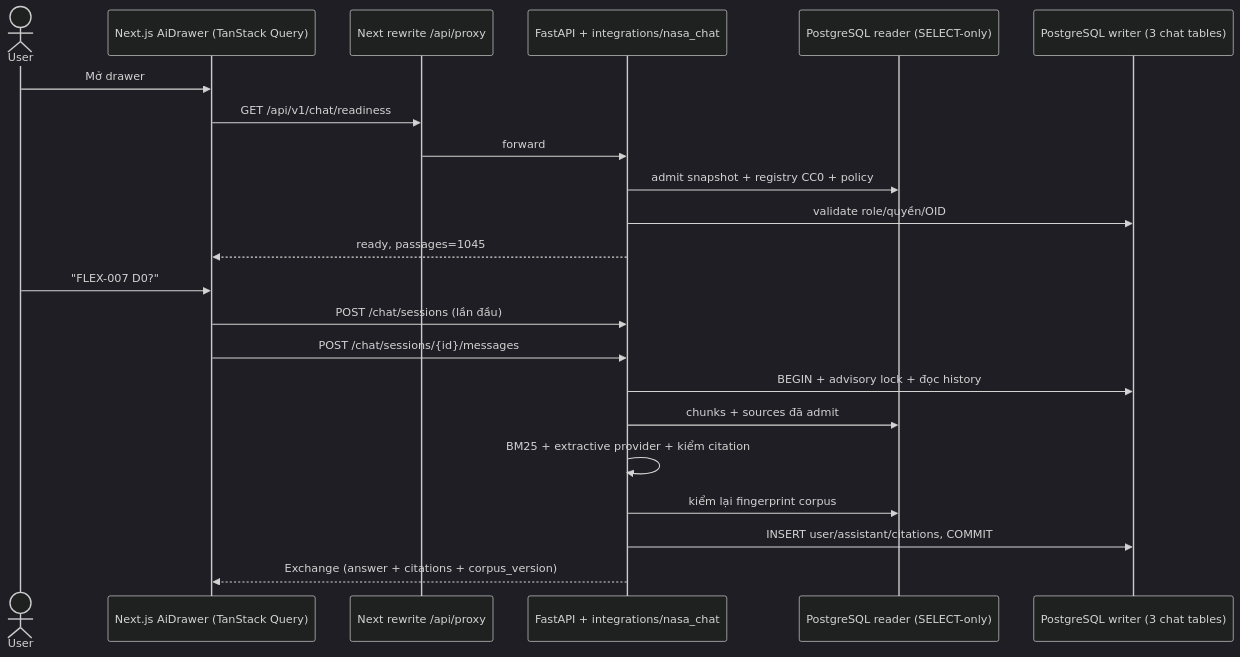
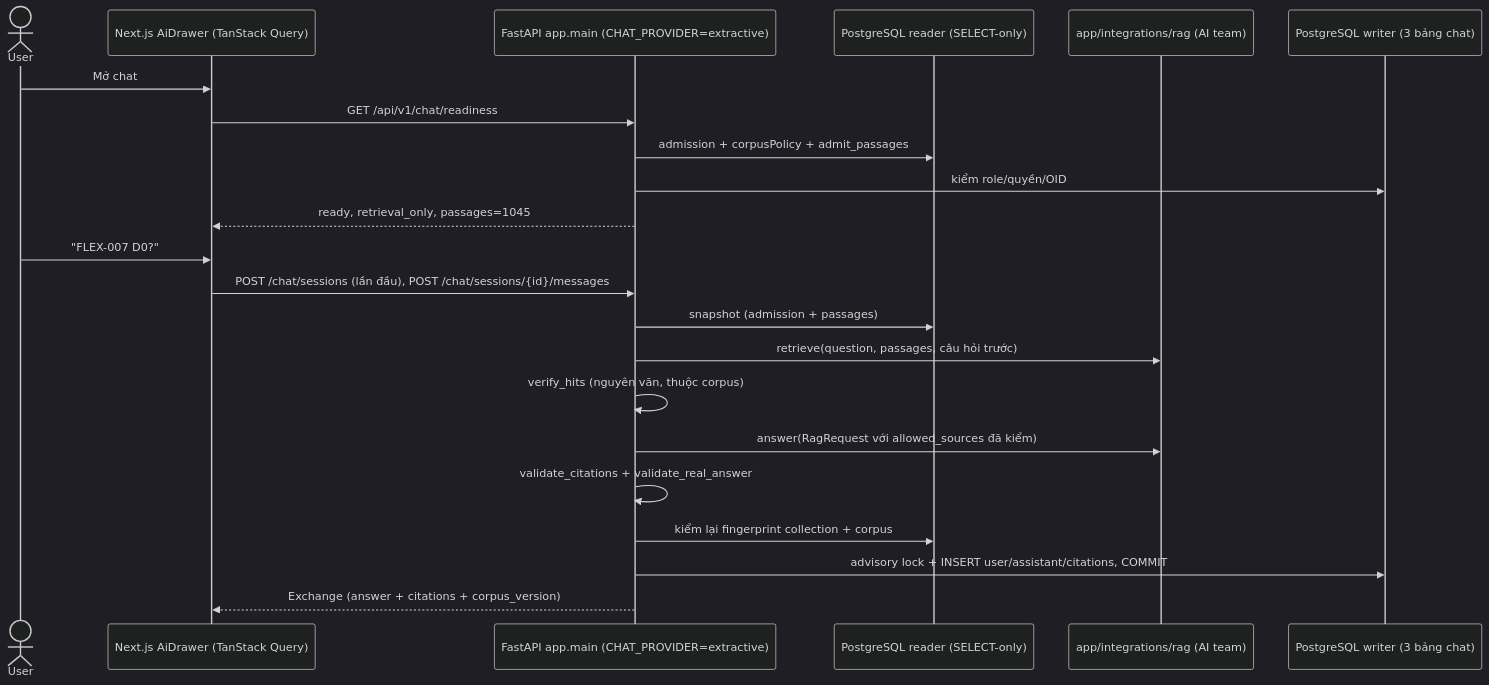
One commit to bachkhmt/TourbillionSG-FlameInFreefall changed the diagram in docs/CHATBOT_FLOW.md. Above: the diagram before and after it, drawn with Mermaid (dark theme). The commit also changed other lines of this file and 6 other files, not shown here.

First line of the commit message:
docs: describe chat RAG on the backend extension point

````diff
--- a/docs/CHATBOT_FLOW.md
+++ b/docs/CHATBOT_FLOW.md
@@ -36,24 +46,24 @@
 ```mermaid
 sequenceDiagram
     actor User
     participant FE as Next.js AiDrawer (TanStack Query)
-    participant Proxy as Next rewrite /api/proxy
-    participant API as FastAPI + integrations/nasa_chat
+    participant API as FastAPI app.main (CHAT_PROVIDER=extractive)
     participant Reader as PostgreSQL reader (SELECT-only)
-    participant Writer as PostgreSQL writer (3 chat tables)
-    User->>FE: Mở drawer
-    FE->>Proxy: GET /api/v1/chat/readiness
-    Proxy->>API: forward
-    API->>Reader: admit snapshot + registry CC0 + policy
-    API->>Writer: validate role/quyền/OID
-    API-->>FE: ready, passages=1045
+    participant RAG as app/integrations/rag (AI team)
+    participant Writer as PostgreSQL writer (3 bảng chat)
+    User->>FE: Mở chat
+    FE->>API: GET /api/v1/chat/readiness
+    API->>Reader: admission + corpusPolicy + admit_passages
+    API->>Writer: kiểm role/quyền/OID
+    API-->>FE: ready, retrieval_only, passages=1045
     User->>FE: "FLEX-007 D0?"
-    FE->>API: POST /chat/sessions (lần đầu)
-    FE->>API: POST /chat/sessions/{id}/messages
-    API->>Writer: BEGIN + advisory lock + đọc history
-    API->>Reader: chunks + sources đã admit
-    API->>API: BM25 + extractive provider + kiểm citation
-    API->>Reader: kiểm lại fingerprint corpus
-    API->>Writer: INSERT user/assistant/citations, COMMIT
+    FE->>API: POST /chat/sessions (lần đầu), POST /chat/sessions/{id}/messages
+    API->>Reader: snapshot (admission + passages)
+    API->>RAG: retrieve(question, passages, câu hỏi trước)
+    API->>API: verify_hits (nguyên văn, thuộc corpus)
+    API->>RAG: answer(RagRequest với allowed_sources đã kiểm)
+    API->>API: validate_citations + validate_real_answer
+    API->>Reader: kiểm lại fingerprint collection + corpus
+    API->>Writer: advisory lock + INSERT user/assistant/citations, COMMIT
     API-->>FE: Exchange (answer + citations + corpus_version)
 ```
````
